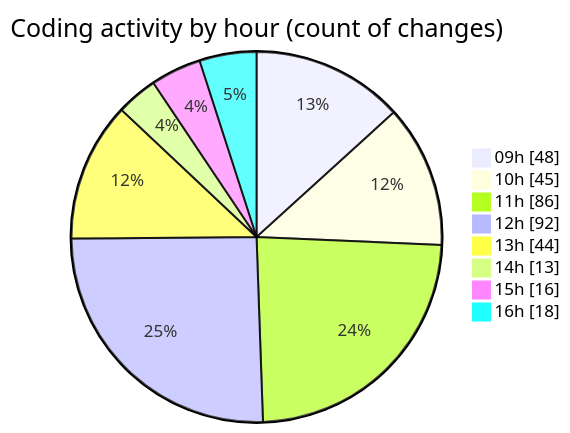
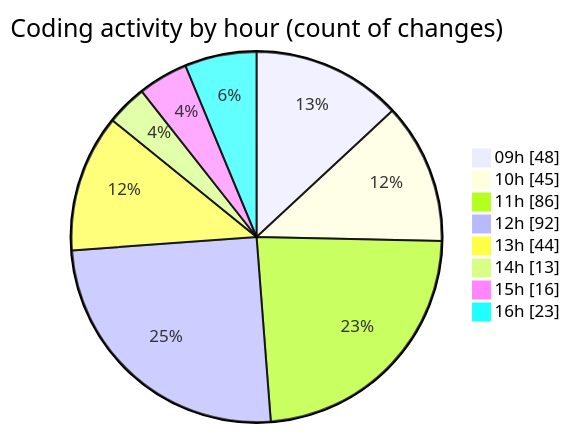
The second of 2 diagrams in 2025-03-14/cda/README.md (momahboobian/code-tracking), drawn with Mermaid before and after one commit. The commit also changed other lines of this file and 1 other file, not shown here.

````diff
--- a/2025-03-14/cda/README.md
+++ b/2025-03-14/cda/README.md
@@ -46,12 +46,12 @@
 ```mermaid
 pie showData
 title Coding activity by hour (count of changes)
 "09h" : 48
 "10h" : 45
 "11h" : 86
 "12h" : 92
 "13h" : 44
 "14h" : 13
 "15h" : 16
-"16h" : 18
+"16h" : 23
 ```
````
